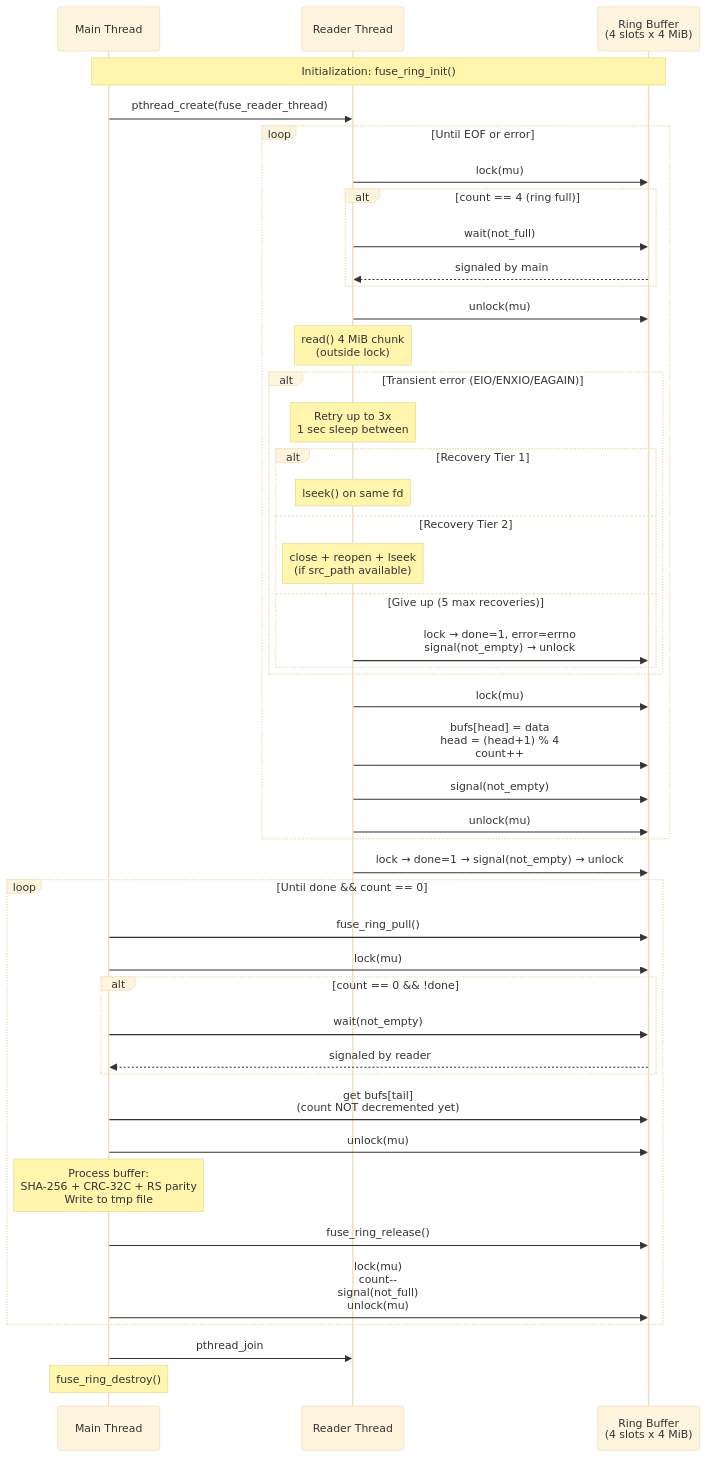
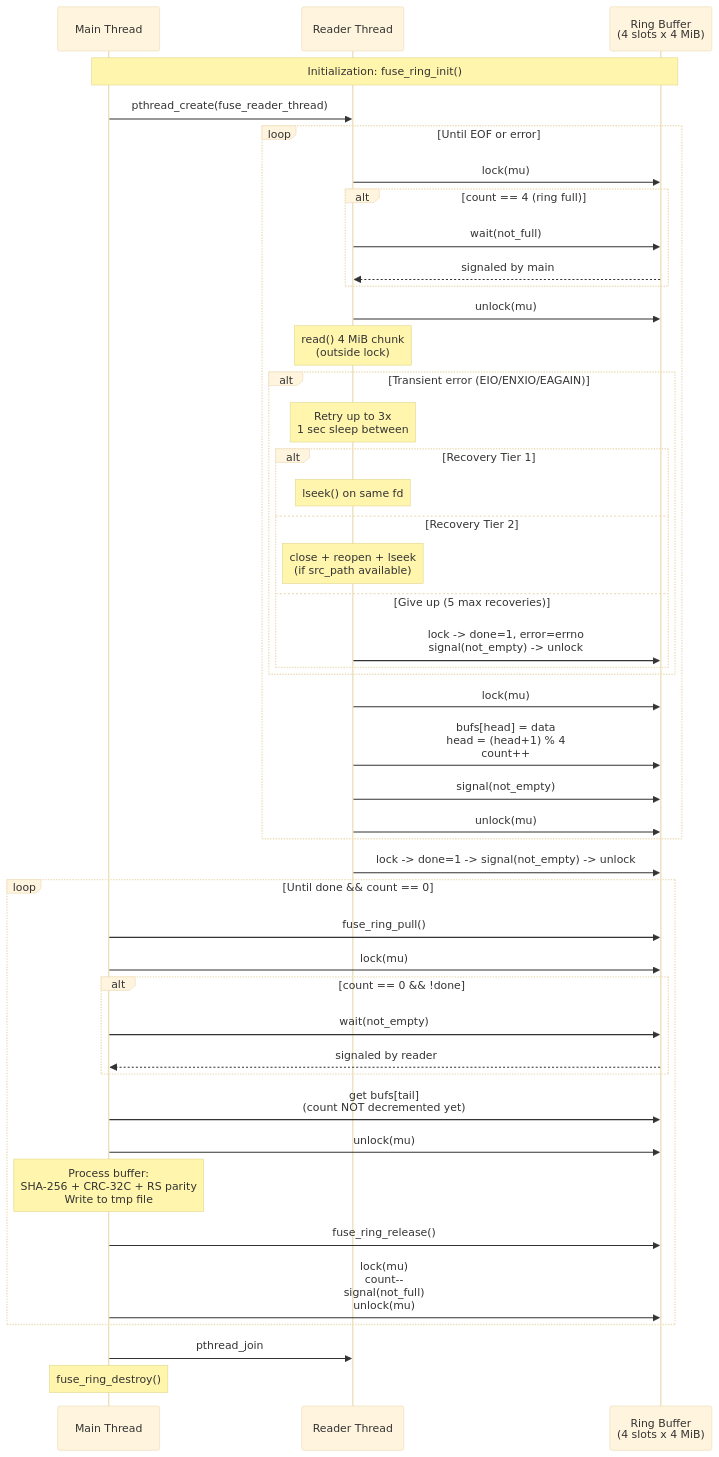
The diagram in diagrams/03-fuse-ring-concurrency.md (vifair22/c-backup), drawn with Mermaid (base theme) before and after one commit. The commit also changed 5 other files, not shown here.

First line of the commit message:
Make mermaid labels render in VS Code preview

````diff
--- a/diagrams/03-fuse-ring-concurrency.md
+++ b/diagrams/03-fuse-ring-concurrency.md
@@ -5,62 +5,62 @@
 ```mermaid
 sequenceDiagram
     participant M as Main Thread
     participant R as Reader Thread
-    participant Ring as Ring Buffer<br/>(4 slots x 4 MiB)
+    participant Ring as Ring Buffer<br>(4 slots x 4 MiB)
 
     Note over M,Ring: Initialization: fuse_ring_init()
 
     M->>R: pthread_create(fuse_reader_thread)
 
     loop Until EOF or error
         R->>Ring: lock(mu)
         
         alt count == 4 (ring full)
             R->>Ring: wait(not_full)
             Ring-->>R: signaled by main
         end
 
         R->>Ring: unlock(mu)
 
-        Note over R: read() 4 MiB chunk<br/>(outside lock)
+        Note over R: read() 4 MiB chunk<br>(outside lock)
 
         alt Transient error (EIO/ENXIO/EAGAIN)
-            Note over R: Retry up to 3x<br/>1 sec sleep between
+            Note over R: Retry up to 3x<br>1 sec sleep between
             alt Recovery Tier 1
                 Note over R: lseek() on same fd
             else Recovery Tier 2
-                Note over R: close + reopen + lseek<br/>(if src_path available)
+                Note over R: close + reopen + lseek<br>(if src_path available)
             else Give up (5 max recoveries)
-                R->>Ring: lock → done=1, error=errno<br/>signal(not_empty) → unlock
+                R->>Ring: lock -> done=1, error=errno<br>signal(not_empty) -> unlock
             end
         end
 
         R->>Ring: lock(mu)
-        R->>Ring: bufs[head] = data<br/>head = (head+1) % 4<br/>count++
+        R->>Ring: bufs[head] = data<br>head = (head+1) % 4<br>count++
         R->>Ring: signal(not_empty)
         R->>Ring: unlock(mu)
     end
 
-    R->>Ring: lock → done=1 → signal(not_empty) → unlock
+    R->>Ring: lock -> done=1 -> signal(not_empty) -> unlock
 
     loop Until done && count == 0
         M->>Ring: fuse_ring_pull()
         M->>Ring: lock(mu)
         
         alt count == 0 && !done
             M->>Ring: wait(not_empty)
             Ring-->>M: signaled by reader
         end
         
-        M->>Ring: get bufs[tail]<br/>(count NOT decremented yet)
+        M->>Ring: get bufs[tail]<br>(count NOT decremented yet)
         M->>Ring: unlock(mu)
 
-        Note over M: Process buffer:<br/>SHA-256 + CRC-32C + RS parity<br/>Write to tmp file
+        Note over M: Process buffer:<br>SHA-256 + CRC-32C + RS parity<br>Write to tmp file
 
         M->>Ring: fuse_ring_release()
-        M->>Ring: lock(mu)<br/>count--<br/>signal(not_full)<br/>unlock(mu)
+        M->>Ring: lock(mu)<br>count--<br>signal(not_full)<br>unlock(mu)
     end
 
     M->>R: pthread_join
     Note over M: fuse_ring_destroy()
 ```
````
